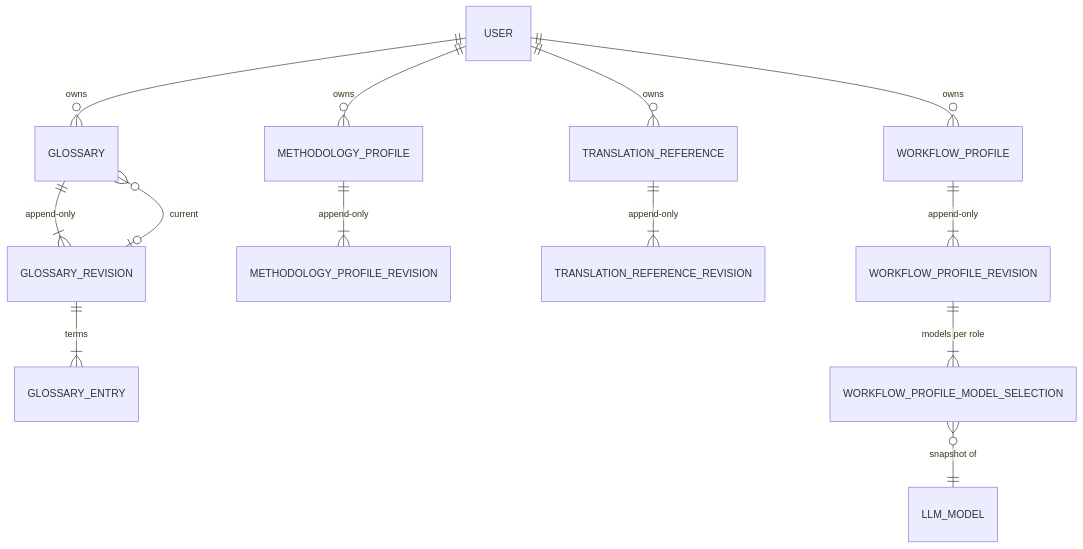
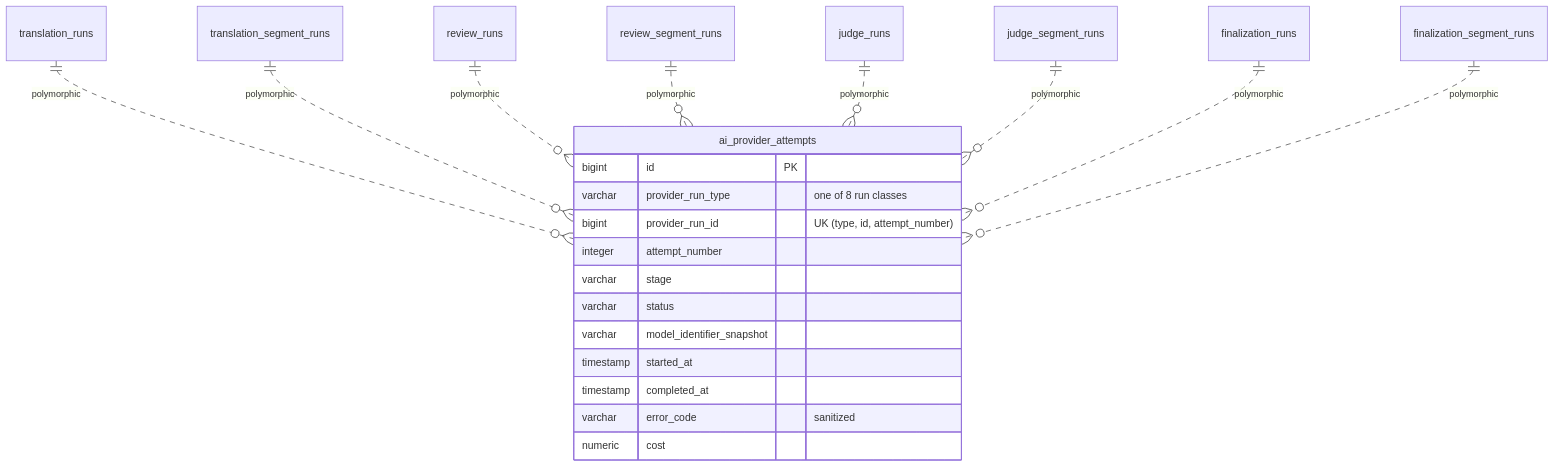
Before and after one commit to XKeviNguyen/three_heavens: the ninth of 11 diagrams in docs/architecture/database.md, drawn with Mermaid. The commit also changed other lines of this file and 11 other files, not shown here.

First line of the commit message:
Correct architecture docs and diagram the full database schema

````diff
--- a/docs/architecture/database.md
+++ b/docs/architecture/database.md
@@ -71,18 +503,24 @@
 ```mermaid
 erDiagram
-  USER ||--o{ GLOSSARY : owns
-  GLOSSARY ||--|{ GLOSSARY_REVISION : "append-only"
-  GLOSSARY_REVISION ||--|{ GLOSSARY_ENTRY : terms
-  GLOSSARY }o--o| GLOSSARY_REVISION : current
-
-  USER ||--o{ METHODOLOGY_PROFILE : owns
-  METHODOLOGY_PROFILE ||--|{ METHODOLOGY_PROFILE_REVISION : "append-only"
-
-  USER ||--o{ TRANSLATION_REFERENCE : owns
-  TRANSLATION_REFERENCE ||--|{ TRANSLATION_REFERENCE_REVISION : "append-only"
-
-  USER ||--o{ WORKFLOW_PROFILE : owns
-  WORKFLOW_PROFILE ||--|{ WORKFLOW_PROFILE_REVISION : "append-only"
-  WORKFLOW_PROFILE_REVISION ||--|{ WORKFLOW_PROFILE_MODEL_SELECTION : "models per role"
-  WORKFLOW_PROFILE_MODEL_SELECTION }o--|| LLM_MODEL : "snapshot of"
+  ai_provider_attempts {
+    bigint id PK
+    varchar provider_run_type "one of 8 run classes"
+    bigint provider_run_id "UK (type, id, attempt_number)"
+    integer attempt_number
+    varchar stage
+    varchar status
+    varchar model_identifier_snapshot
+    timestamp started_at
+    timestamp completed_at
+    varchar error_code "sanitized"
+    numeric cost
+  }
+  translation_runs ||..o{ ai_provider_attempts : "polymorphic"
+  translation_segment_runs ||..o{ ai_provider_attempts : "polymorphic"
+  review_runs ||..o{ ai_provider_attempts : "polymorphic"
+  review_segment_runs ||..o{ ai_provider_attempts : "polymorphic"
+  judge_runs ||..o{ ai_provider_attempts : "polymorphic"
+  judge_segment_runs ||..o{ ai_provider_attempts : "polymorphic"
+  finalization_runs ||..o{ ai_provider_attempts : "polymorphic"
+  finalization_segment_runs ||..o{ ai_provider_attempts : "polymorphic"
 ```
````
